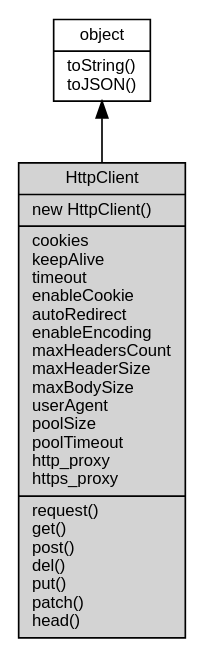
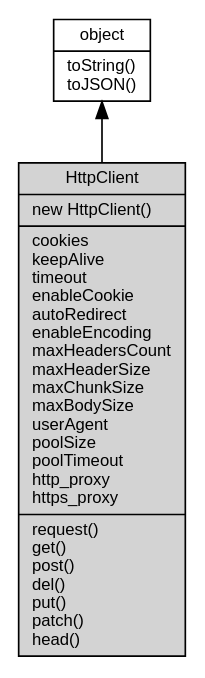
The diagram in docs/manual/object/ifs/HttpClient.md (fibjs/fibjs.org), drawn with Graphviz before and after one commit. The commit also changed other lines of this file and 63 other files, not shown here.

````diff
--- a/docs/manual/object/ifs/HttpClient.md
+++ b/docs/manual/object/ifs/HttpClient.md
@@ -45,10 +45,10 @@
 ```dot
 digraph {
     node [fontname="Helvetica,sans-Serif", fontsize=10, shape="record", style="filled", fillcolor="white"];
 
     object [tooltip="object", URL="object.md", label="{object|toString()\ltoJSON()\l}"];
-    HttpClient [tooltip="HttpClient", fillcolor="lightgray", id="me", label="{HttpClient|new HttpClient()\l|cookies\lkeepAlive\ltimeout\lenableCookie\lautoRedirect\lenableEncoding\lmaxHeadersCount\lmaxHeaderSize\lmaxBodySize\luserAgent\lpoolSize\lpoolTimeout\lhttp_proxy\lhttps_proxy\l|request()\lget()\lpost()\ldel()\lput()\lpatch()\lhead()\l}"];
+    HttpClient [tooltip="HttpClient", fillcolor="lightgray", id="me", label="{HttpClient|new HttpClient()\l|cookies\lkeepAlive\ltimeout\lenableCookie\lautoRedirect\lenableEncoding\lmaxHeadersCount\lmaxHeaderSize\lmaxChunkSize\lmaxBodySize\luserAgent\lpoolSize\lpoolTimeout\lhttp_proxy\lhttps_proxy\l|request()\lget()\lpost()\ldel()\lput()\lpatch()\lhead()\l}"];
 
     object -> HttpClient [dir=back];
 }
 ```
````
